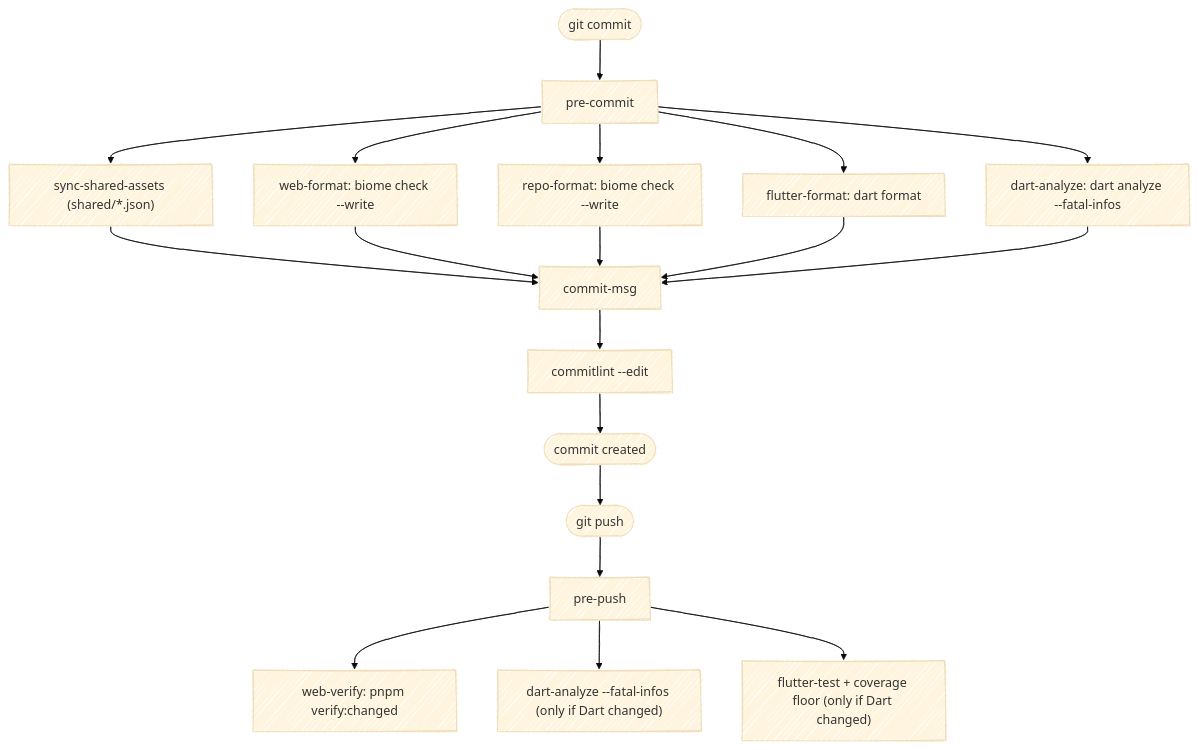
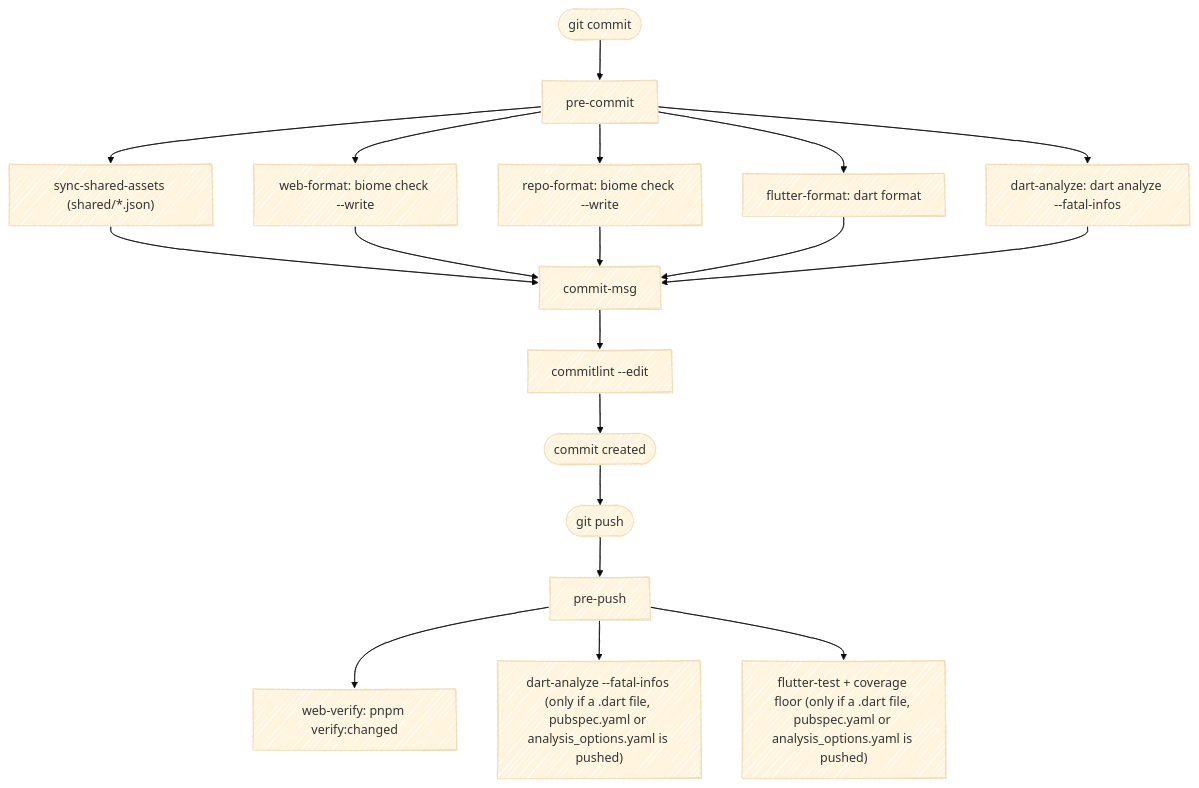
The diagram in docs/wiki/Git-Hooks.md (fbuireu/contribKit), drawn with Mermaid (base theme) before and after one commit. The commit also changed 8 other files, not shown here.

First line of the commit message:
docs: draw the layer map, CI, hook, middleware and cache diagrams as the code has them

````diff
--- a/docs/wiki/Git-Hooks.md
+++ b/docs/wiki/Git-Hooks.md
@@ -50,21 +50,21 @@
 ```mermaid
 ---
 config:
   look: handDrawn
   layout: dagre
 ---
 flowchart TD
     commit(["git commit"]) --> pc["pre-commit"]
     pc --> sync["sync-shared-assets (shared/*.json)"]
     pc --> webfmt["web-format: biome check --write"]
     pc --> repofmt["repo-format: biome check --write"]
     pc --> dartfmt["flutter-format: dart format"]
     pc --> analyze["dart-analyze: dart analyze --fatal-infos"]
     sync & webfmt & repofmt & dartfmt & analyze --> cm["commit-msg"]
     cm --> lint["commitlint --edit"]
     lint --> done(["commit created"])
     done --> push(["git push"]) --> pp["pre-push"]
     pp --> webcheck["web-verify: pnpm verify:changed"]
-    pp --> dartcheck["dart-analyze --fatal-infos (only if Dart changed)"]
-    pp --> fluttertest["flutter-test + coverage floor (only if Dart changed)"]
+    pp --> dartcheck["dart-analyze --fatal-infos (only if a .dart file, pubspec.yaml or analysis_options.yaml is pushed)"]
+    pp --> fluttertest["flutter-test + coverage floor (only if a .dart file, pubspec.yaml or analysis_options.yaml is pushed)"]
 ```
````
